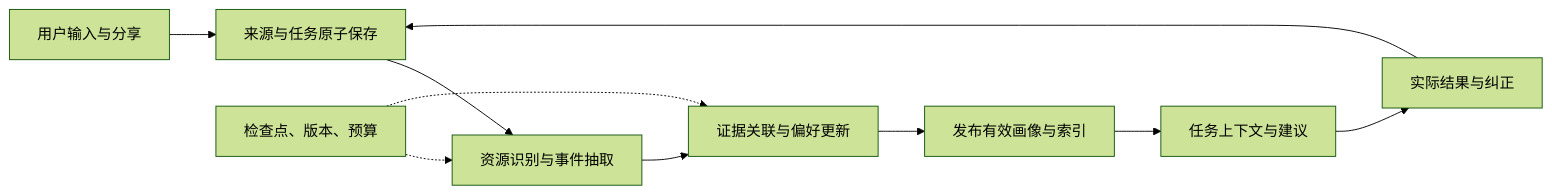
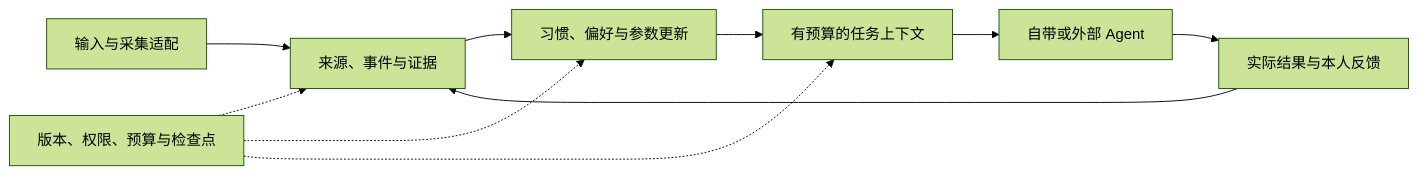
Before and after one commit to 155TuT/2601-fzu-SoftwareEngineering-YuezhongWu: the diagram in homework/team/task5/ans/research.md, drawn with Mermaid (forest theme). The commit also changed other lines of this file and 1 other file, not shown here.

````diff
--- a/homework/team/task5/ans/research.md
+++ b/homework/team/task5/ans/research.md
@@ -211,12 +168,12 @@
 ```mermaid
 flowchart LR
-    A["用户输入与分享"] --> B["来源与任务原子保存"]
-    B --> C["资源识别与事件抽取"]
-    C --> D["证据关联与偏好更新"]
-    D --> E["发布有效画像与索引"]
-    E --> F["任务上下文与建议"]
-    F --> G["实际结果与纠正"]
-    G --> B
-    H["检查点、版本、预算"] -.-> C
-    H -.-> D
+    IN["输入与采集适配"] --> SRC["来源、事件与证据"]
+    SRC --> MODEL["习惯、偏好与参数更新"]
+    MODEL --> CTX["有预算的任务上下文"]
+    CTX --> HOST["自带或外部 Agent"]
+    HOST --> OUT["实际结果与本人反馈"]
+    OUT --> SRC
+    CTRL["版本、权限、预算与检查点"] -.-> SRC
+    CTRL -.-> MODEL
+    CTRL -.-> CTX
 ```
````
